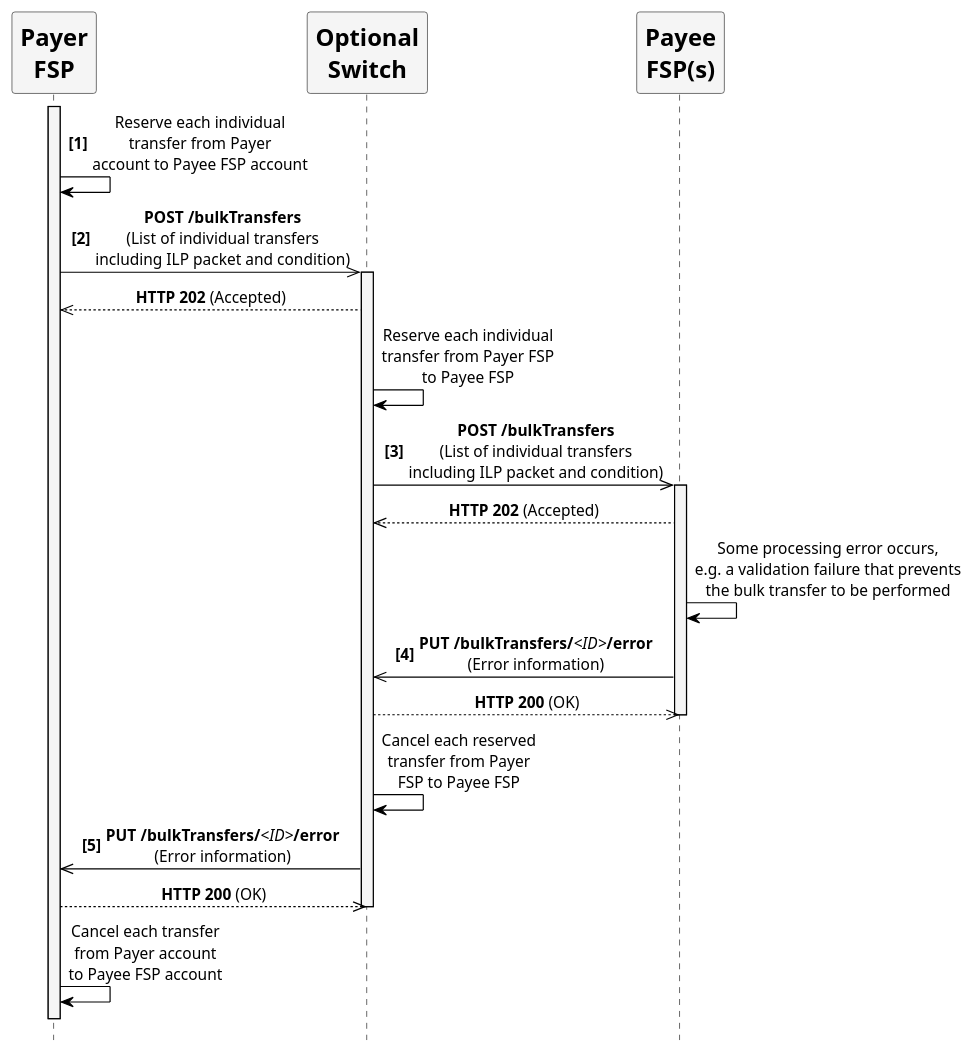
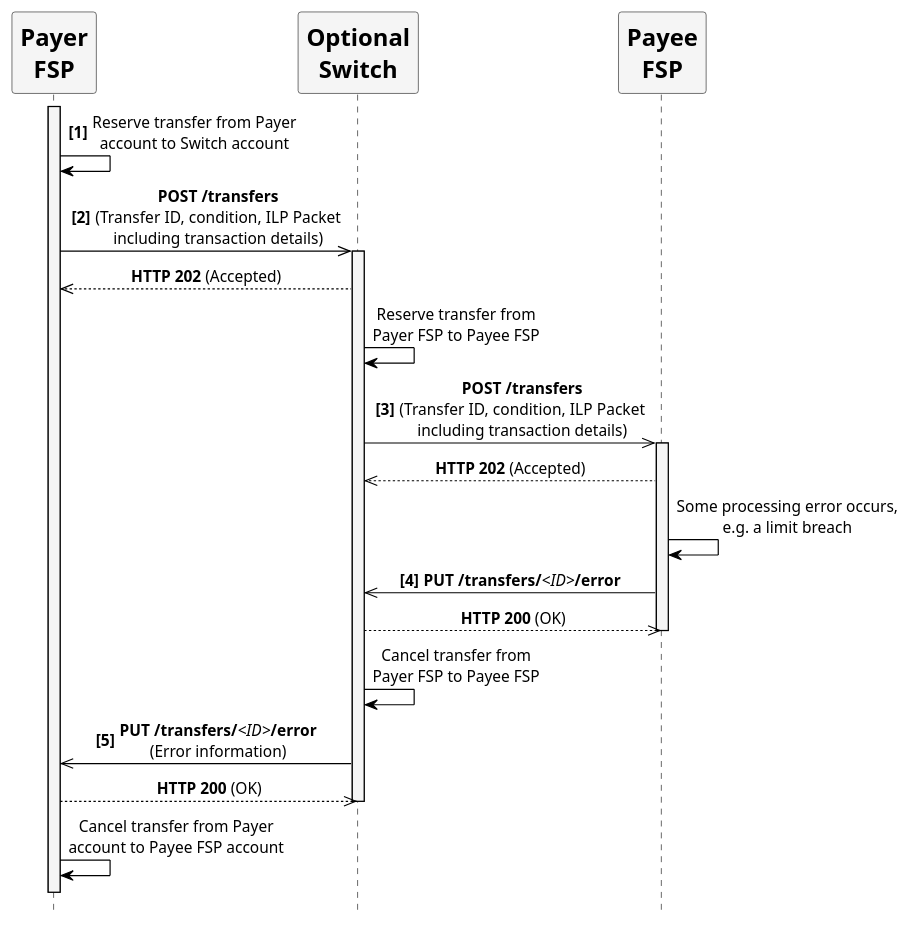
Before and after one commit to mojaloop/documentation: the diagram in docs/api/assets/diagrams/sequence/figure70.plantuml, drawn with PlantUML. The commit also changed 16 other files, not shown here.

Commit message:
New sequence diagrams

```diff
--- a/docs/api/assets/diagrams/sequence/figure70.plantuml
+++ b/docs/api/assets/diagrams/sequence/figure70.plantuml
@@ -24,58 +24,58 @@
 @startuml
 
 ' declaring skinparam
 skinparam sequenceMessageAlign center
 skinparam shadowing false
 skinparam defaultFontName Verdana
 skinparam monochrome true
 skinparam SequenceLifeLineBackgroundColor WhiteSmoke
 skinparam SequenceLifeLineBorderColor Black
 skinparam ParticipantFontStyle Bold
 skinparam ParticipantFontSize 20
 skinparam ParticipantBackgroundColor WhiteSmoke
 skinparam ArrowColor Black
 
 hide footbox
 
 ' declare title
-' title Handling of error callback from API Service /bulkTransfers
+' title Handling of error callback from POST /transfers
 
 ' Actor Keys:
 ' participant - FSP(Payer/Payee) and Switch
 
 
 ' declare actors
 participant "Payer\nFSP" as PayerFSP
 participant "Optional\nSwitch" as Switch
-participant "Payee\nFSP(s)" as PayeeFSP
+participant "Payee\nFSP" as PayeeFSP
 
 ' start flow
 autonumber 1 1 "<b>[0]"
 activate PayerFSP
-PayerFSP -> PayerFSP: Reserve each individual\ntransfer from Payer\naccount to Payee FSP account
-PayerFSP ->> Switch: **POST /bulkTransfers**\n(List of individual transfers\nincluding ILP packet and condition)
+PayerFSP -> PayerFSP: Reserve transfer from Payer\naccount to Switch account
+PayerFSP ->> Switch: **POST /transfers**\n(Transfer ID, condition, ILP Packet\nincluding transaction details)
 activate Switch
 autonumber stop
 PayerFSP <<-- Switch: **HTTP 202** (Accepted)
-Switch -> Switch: Reserve each individual\ntransfer from Payer FSP\nto Payee FSP
+Switch -> Switch: Reserve transfer from\nPayer FSP to Payee FSP
 autonumber resume
-Switch ->> PayeeFSP: **POST /bulkTransfers**\n(List of individual transfers\nincluding ILP packet and condition)
+Switch ->> PayeeFSP: **POST /transfers**\n(Transfer ID, condition, ILP Packet\nincluding transaction details)
 activate PayeeFSP
 autonumber stop
 Switch <<-- PayeeFSP: **HTTP 202** (Accepted)
-PayeeFSP -> PayeeFSP: Some processing error occurs,\ne.g. a validation failure that prevents\nthe bulk transfer to be performed
+PayeeFSP -> PayeeFSP: Some processing error occurs,\ne.g. a limit breach
 autonumber resume
-Switch <<- PayeeFSP: **PUT /bulkTransfers/**<i><ID></i>**/error**\n(Error information)
+Switch <<- PayeeFSP: **PUT /transfers/**<i><ID></i>**/error**
 autonumber stop
 Switch -->> PayeeFSP: **HTTP 200** (OK)
 deactivate PayeeFSP
-Switch -> Switch: Cancel each reserved\ntransfer from Payer\nFSP to Payee FSP
+Switch -> Switch: Cancel transfer from\nPayer FSP to Payee FSP
 autonumber resume
-PayerFSP <<- Switch: **PUT /bulkTransfers/**<i><ID></i>**/error**\n(Error information)
+PayerFSP <<- Switch: **PUT /transfers/**<i><ID></i>**/error**\n(Error information)
 autonumber stop
 PayerFSP -->> Switch: **HTTP 200** (OK)
 deactivate Switch
-PayerFSP -> PayerFSP: Cancel each transfer\nfrom Payer account\nto Payee FSP account
+PayerFSP -> PayerFSP: Cancel transfer from Payer\naccount to Payee FSP account
 PayerFSP -[hidden]> Switch
 deactivate PayerFSP
 @enduml
```
